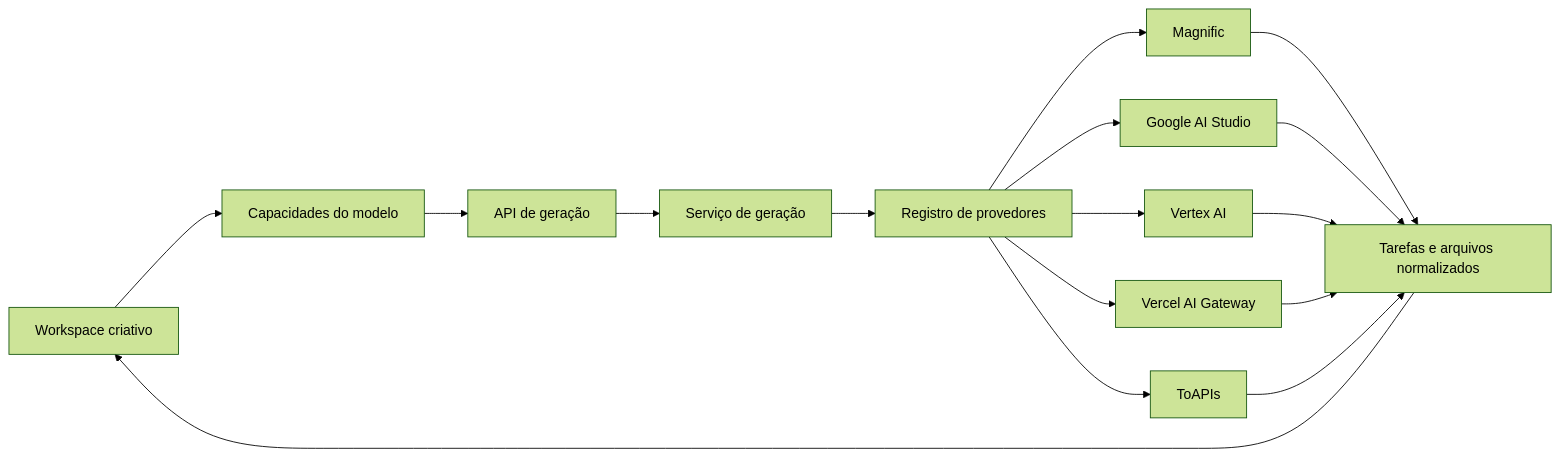
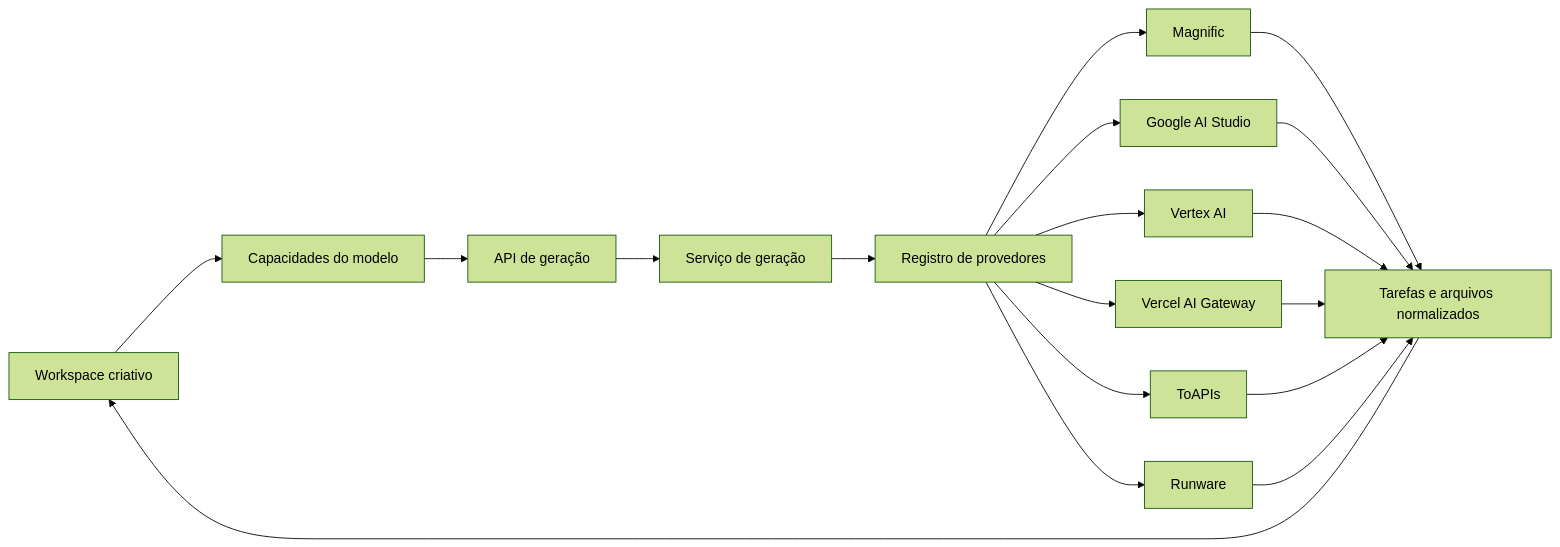
Before and after one commit to TechBeme/open-higgsfield: the diagram in README.pt-BR.md, drawn with Mermaid (forest theme). The commit also changed other lines of this file and 68 other files, not shown here.

````diff
--- a/README.pt-BR.md
+++ b/README.pt-BR.md
@@ -129,18 +132,20 @@
 ```mermaid
 flowchart LR
     U[Workspace criativo] --> C[Capacidades do modelo]
     C --> A[API de geração]
     A --> S[Serviço de geração]
     S --> R[Registro de provedores]
     R --> F[Magnific]
     R --> G[Google AI Studio]
     R --> V[Vertex AI]
     R --> W[Vercel AI Gateway]
     R --> O[ToAPIs]
+    R --> X[Runware]
     F --> T[Tarefas e arquivos normalizados]
     G --> T
     V --> T
     W --> T
     O --> T
+    X --> T
     T --> U
 ```
````
